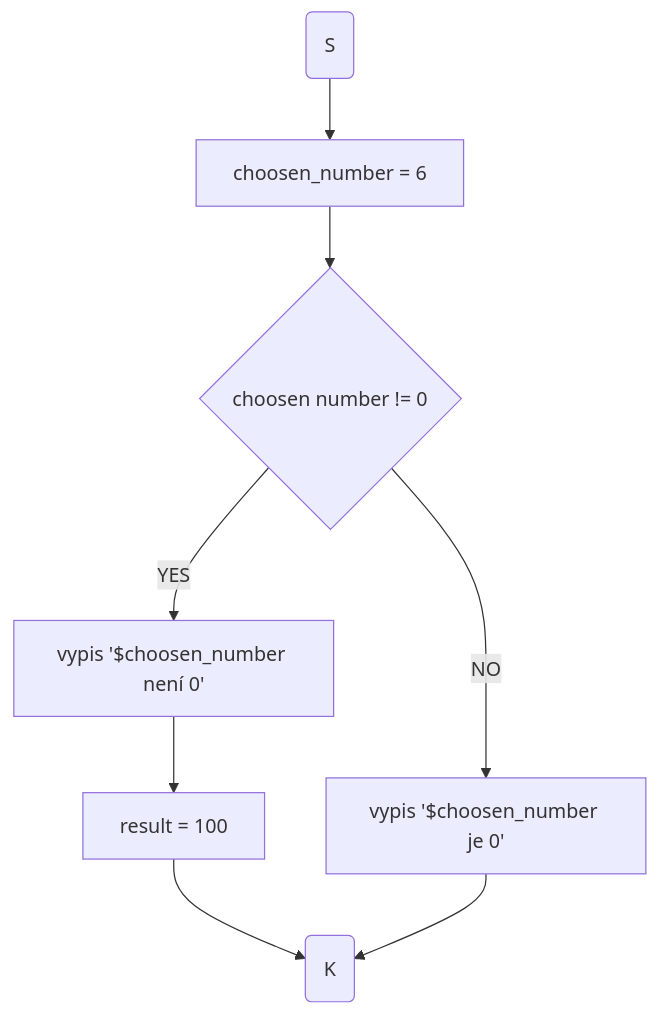
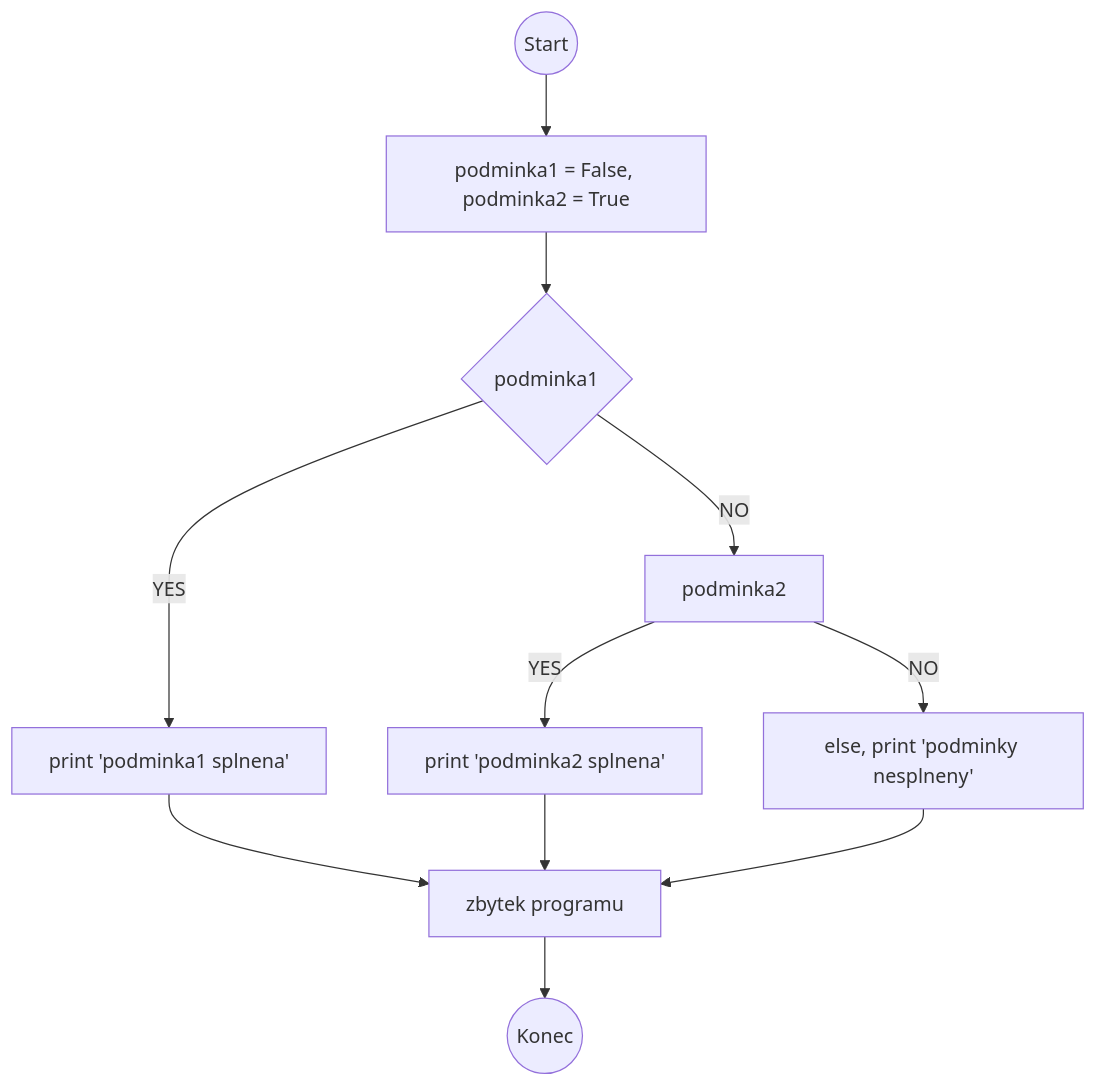
Before and after one commit to denisa-mat/BP-microbit: the first of 3 diagrams in README.md, drawn with Mermaid. The commit also changed other lines of this file, not shown here.

Commit message:
mermaid fix

````diff
--- a/README.md
+++ b/README.md
@@ -35,10 +41,13 @@
 ``` mermaid
   graph TD;
-      A(S) --> B[choosen_number = 6];
-      B --> C{choosen number != 0}
-      C -- YES --> D[vypis '$choosen_number není 0'];
-	  D --> E[result = 100];
-      C -- NO --> F[vypis '$choosen_number je 0'];
-      E --> G(K);
-      F --> G;
+      A((Start)) --> B[podminka1 = False, podminka2 = True];
+      B --> C{podminka1};
+      C -- YES --> D[print 'podminka1 splnena'];
+	  D --> E[zbytek programu];
+      C -- NO --> F[podminka2];
+      F -- YES --> G[print 'podminka2 splnena'];
+	  G --> E[zbytek programu];
+      F -- NO --> H[else, print 'podminky nesplneny'];
+      H --> E[zbytek programu];
+      E --> I((Konec));
 ```
````
